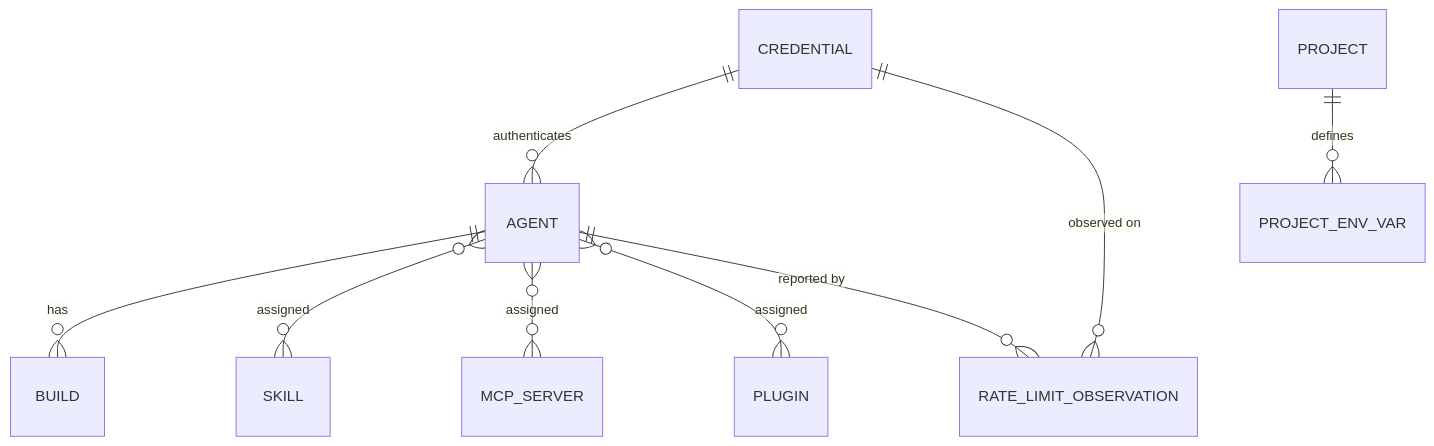
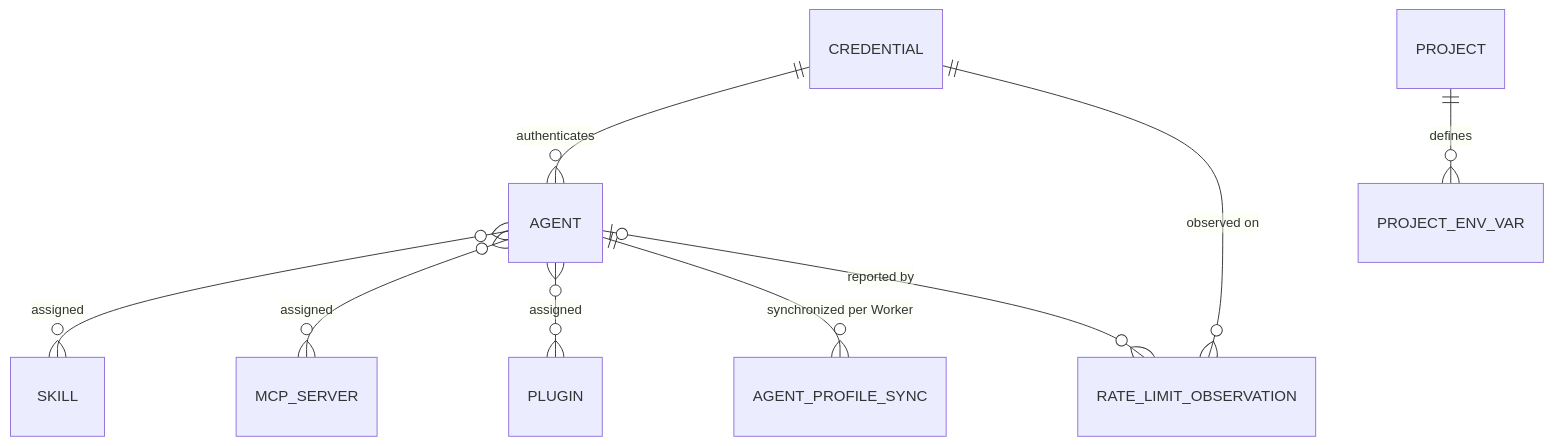
Before and after one commit to mceck/claude-task: the second of 2 diagrams in docs/specs/agents.md, drawn with Mermaid. The commit also changed other lines of this file and 95 other files, not shown here.

````diff
--- a/docs/specs/agents.md
+++ b/docs/specs/agents.md
@@ -529,11 +228,11 @@
 ```mermaid
 erDiagram
   CREDENTIAL ||--o{ AGENT : "authenticates"
-  AGENT ||--o{ BUILD : "has"
   AGENT }o--o{ SKILL : "assigned"
   AGENT }o--o{ MCP_SERVER : "assigned"
   AGENT }o--o{ PLUGIN : "assigned"
+  AGENT ||--o{ AGENT_PROFILE_SYNC : "synchronized per Worker"
   CREDENTIAL ||--o{ RATE_LIMIT_OBSERVATION : "observed on"
-  AGENT ||--o{ RATE_LIMIT_OBSERVATION : "reported by"
+  AGENT |o--o{ RATE_LIMIT_OBSERVATION : "reported by"
   PROJECT ||--o{ PROJECT_ENV_VAR : "defines"
 ```
````
